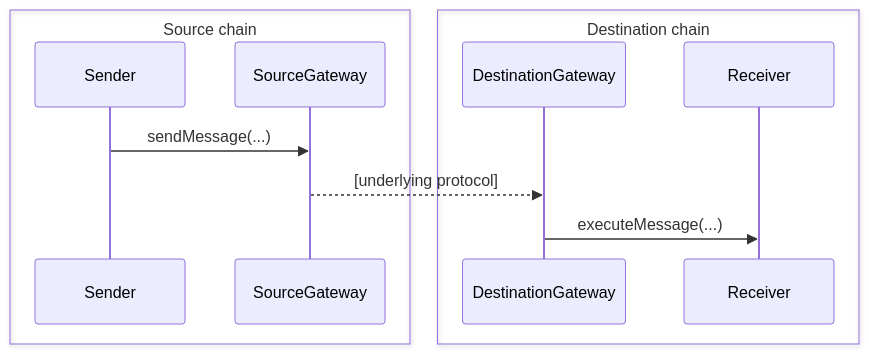
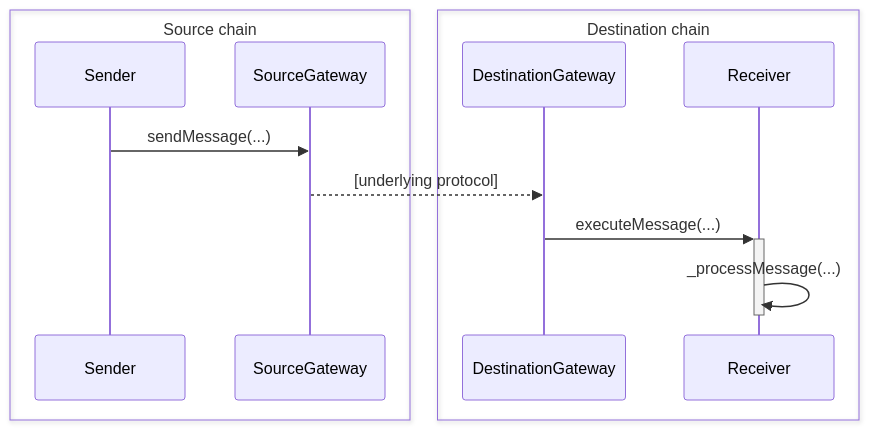
The first of 2 diagrams in ERCS/erc-7786.md (ethereum/ERCs), drawn with Mermaid before and after one commit. The commit also changed other lines of this file, not shown here.

Commit message:
add _processMessage

````diff
--- a/ERCS/erc-7786.md
+++ b/ERCS/erc-7786.md
@@ -145,14 +145,15 @@
 ```mermaid
 sequenceDiagram
     box Source chain
     participant Sender
     participant SourceGateway
     end
     box Destination chain
     participant DestinationGateway
     participant Receiver
     end
     Sender->>SourceGateway: sendMessage(...)
     SourceGateway-->>DestinationGateway: [underlying protocol]
-    DestinationGateway->>Receiver: executeMessage(...)
+    DestinationGateway->>+Receiver: executeMessage(...)
+    Receiver->>-Receiver: _processMessage(...)
 ```
````
